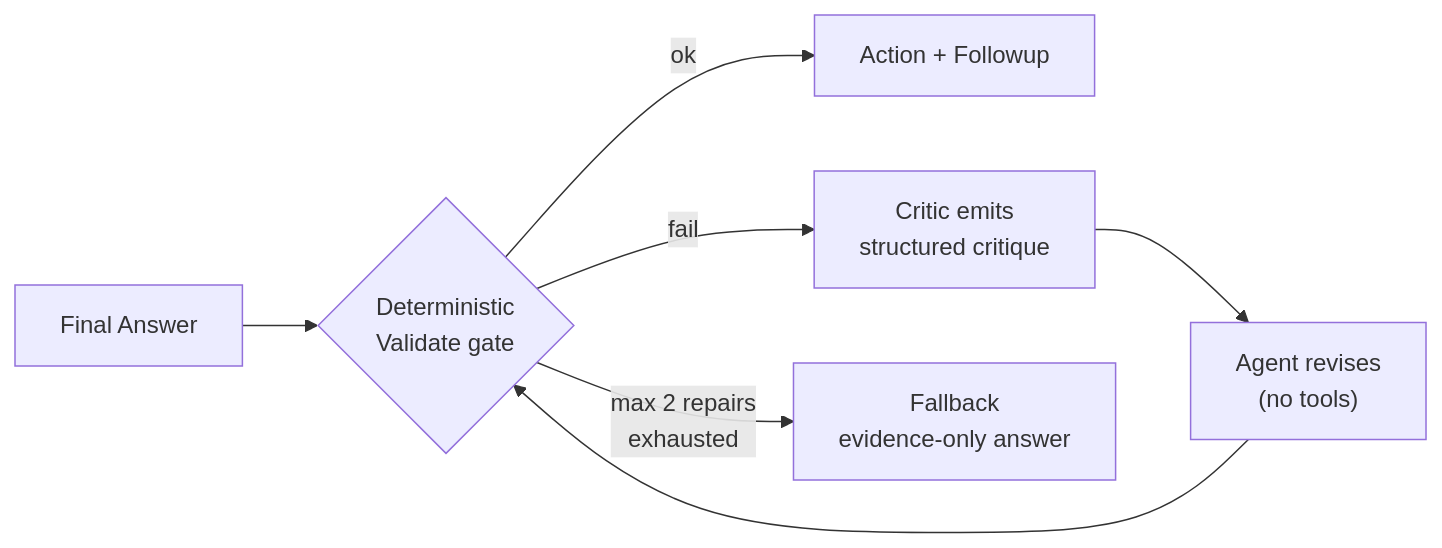
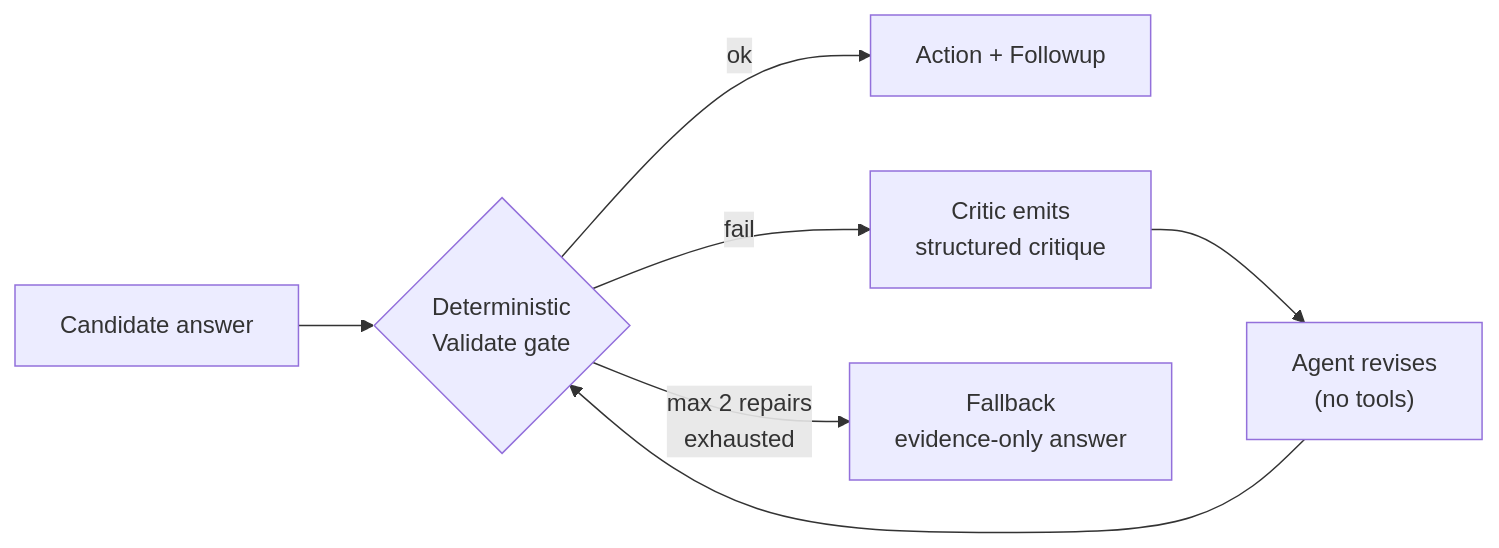
Before and after one commit to sazzad-kamal/crm-agentic-mcp-engine: the sixth of 8 diagrams in README.md, drawn with Mermaid. The commit also changed other lines of this file, not shown here.

Commit message:
Consistency: ReAct/Reflexion section 'Final Answer' -> 'Candidate answer' (pre-validation) to match D1

````diff
--- a/README.md
+++ b/README.md
@@ -215,9 +215,9 @@
 ```mermaid
 flowchart LR
-    FA[Final Answer] --> V{Deterministic<br/>Validate gate}
+    FA[Candidate answer] --> V{Deterministic<br/>Validate gate}
     V -->|ok| AF[Action + Followup]
     V -->|fail| C[Critic emits<br/>structured critique]
     C --> R["Agent revises<br/>(no tools)"]
     R --> V
     V -->|max 2 repairs<br/>exhausted| FB[Fallback<br/>evidence-only answer]
 ```
````
